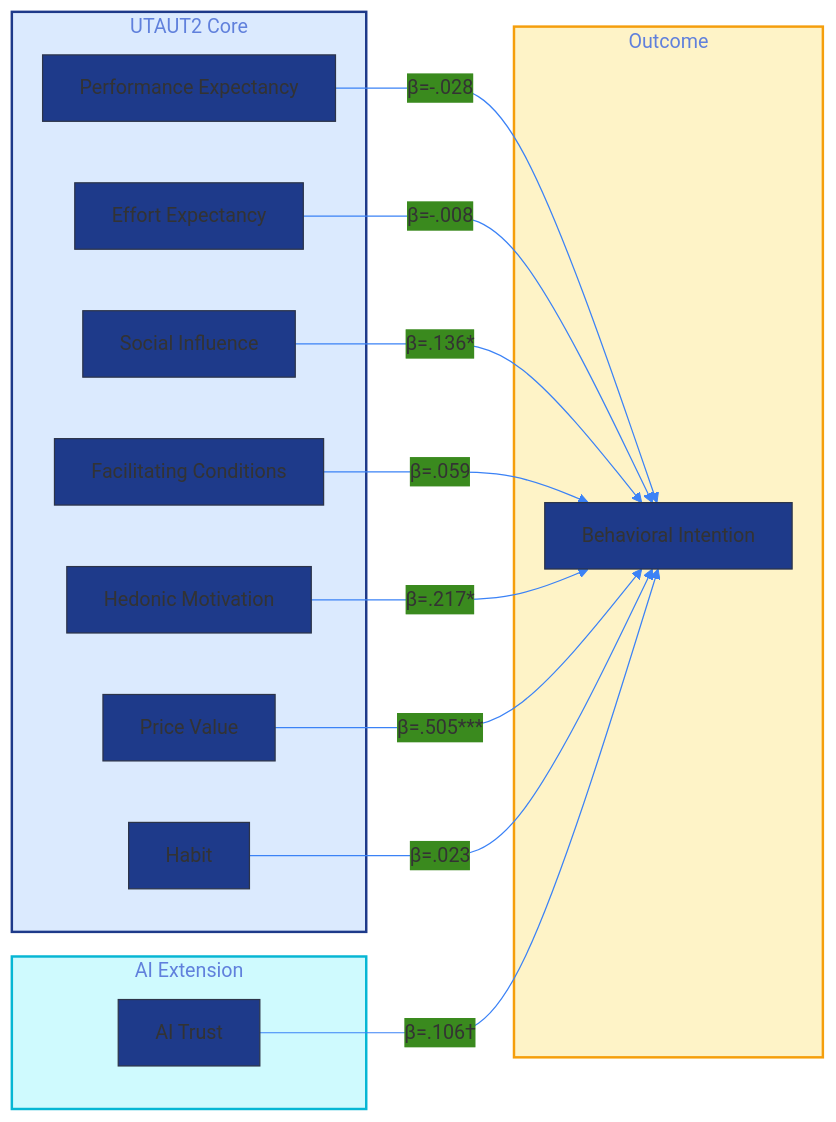
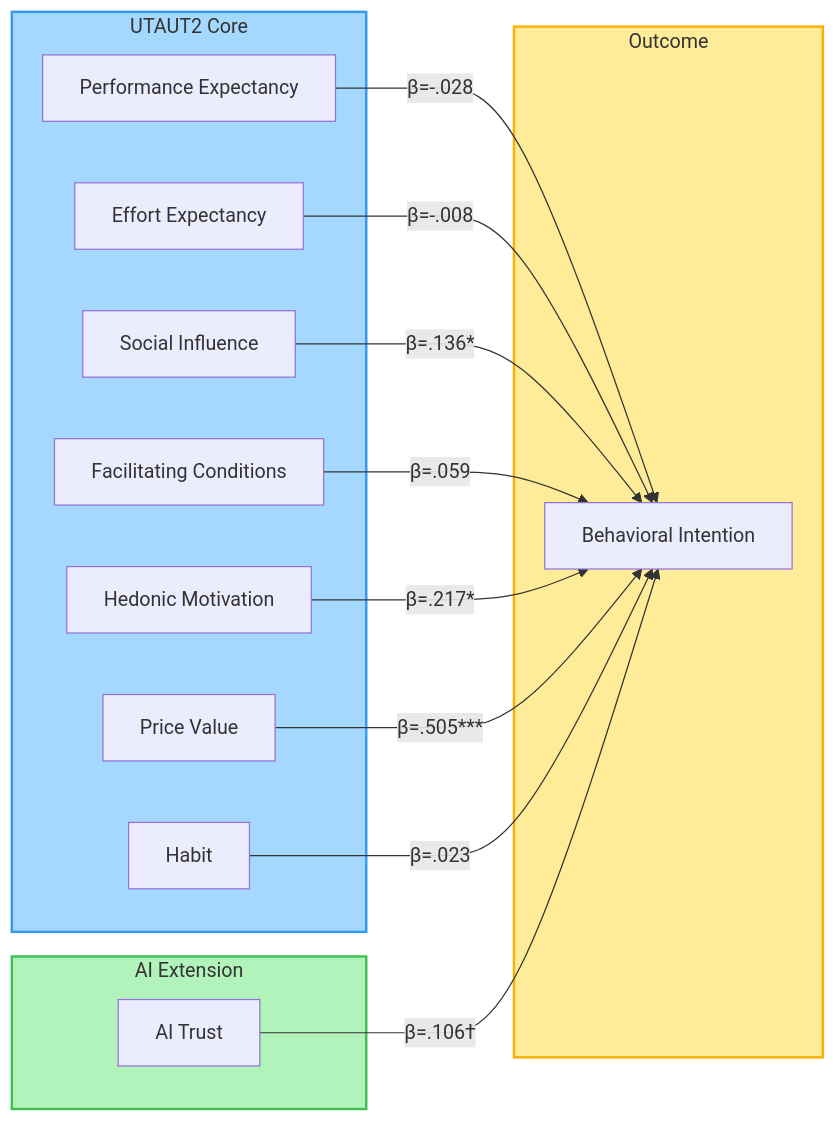
The diagram in README.md (fabioc-aloha/AIRS_Data_Analysis), drawn with Mermaid before and after one commit. The commit also changed 3 other files, not shown here.

Commit message:
style: update Mermaid diagrams to GitHub pastel palette

````diff
--- a/README.md
+++ b/README.md
@@ -106,34 +106,33 @@
 ```mermaid
-%%{init: {'theme': 'base', 'themeVariables': {'primaryColor': '#1e3a8a', 'lineColor': '#3b82f6'}}}%%
 flowchart LR
     subgraph UTAUT2["UTAUT2 Core"]
         PE[Performance Expectancy]
         EE[Effort Expectancy]
         SI[Social Influence]
         FC[Facilitating Conditions]
         HM[Hedonic Motivation]
         PV[Price Value]
         HB[Habit]
     end
 
     subgraph Extensions["AI Extension"]
         TR[AI Trust]
     end
 
     subgraph Outcome["Outcome"]
         BI[Behavioral Intention]
     end
 
     PE -->|β=-.028| BI
     EE -->|β=-.008| BI
     SI -->|β=.136*| BI
     FC -->|β=.059| BI
     HM -->|β=.217*| BI
     PV -->|β=.505***| BI
     HB -->|β=.023| BI
     TR -->|β=.106†| BI
 
-    style UTAUT2 fill:#dbeafe,stroke:#1e3a8a,stroke-width:2px
-    style Extensions fill:#cffafe,stroke:#06b6d4,stroke-width:2px
-    style Outcome fill:#fef3c7,stroke:#f59e0b,stroke-width:2px
+    style UTAUT2 fill:#a5d8ff,stroke:#339af0,stroke-width:2px
+    style Extensions fill:#b2f2bb,stroke:#40c057,stroke-width:2px
+    style Outcome fill:#ffec99,stroke:#fab005,stroke-width:2px
 ```
````
